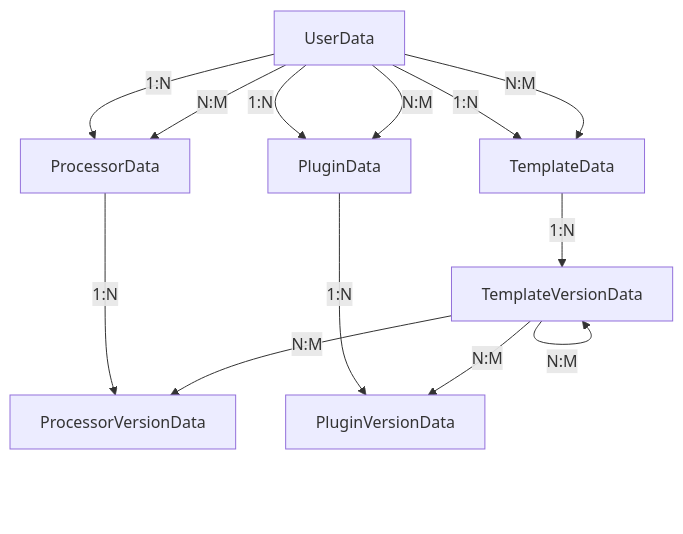
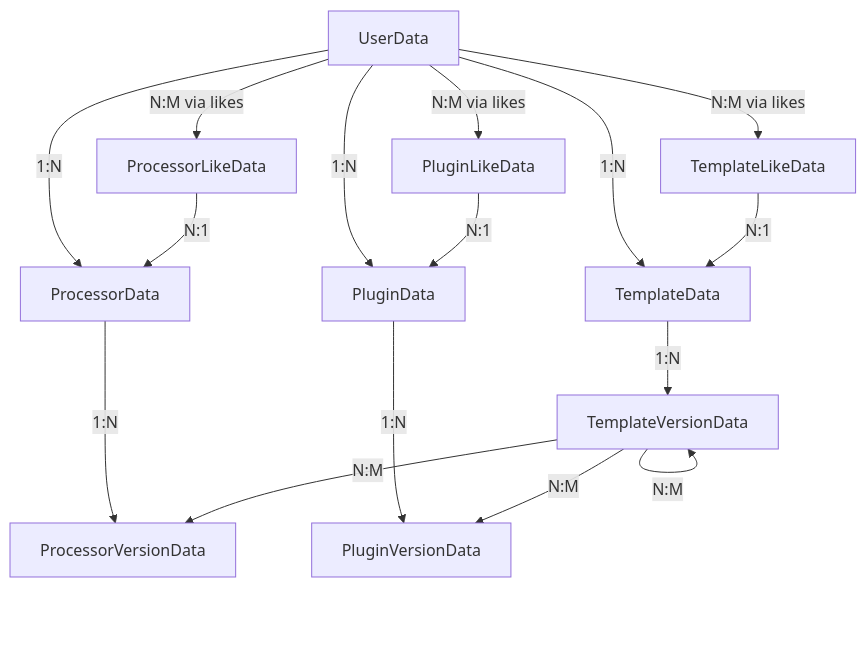
Before and after one commit to AtomiCloud/sulfone.zinc: the second of 3 diagrams in docs/developer/modules/02-cyan.md, drawn with Mermaid. The commit also changed other lines of this file and 15 other files, not shown here.

````diff
--- a/docs/developer/modules/02-cyan.md
+++ b/docs/developer/modules/02-cyan.md
@@ -95,18 +95,21 @@
 ```mermaid
 flowchart TB
     User[UserData] -->|1:N| Template[TemplateData]
     User -->|1:N| Processor[ProcessorData]
     User -->|1:N| Plugin[PluginData]
 
     Template -->|1:N| TemplateVer[TemplateVersionData]
     Processor -->|1:N| ProcessorVer[ProcessorVersionData]
     Plugin -->|1:N| PluginVer[PluginVersionData]
 
-    User -->|N:M| Template
-    User -->|N:M| Processor
-    User -->|N:M| Plugin
+    User -->|N:M via likes| TemplateLike[TemplateLikeData]
+    User -->|N:M via likes| ProcessorLike[ProcessorLikeData]
+    User -->|N:M via likes| PluginLike[PluginLikeData]
+    TemplateLike -->|N:1| Template
+    ProcessorLike -->|N:1| Processor
+    PluginLike -->|N:1| Plugin
 
     TemplateVer -->|N:M| ProcessorVer
     TemplateVer -->|N:M| PluginVer
     TemplateVer -->|N:M| TemplateVer
 ```
````
